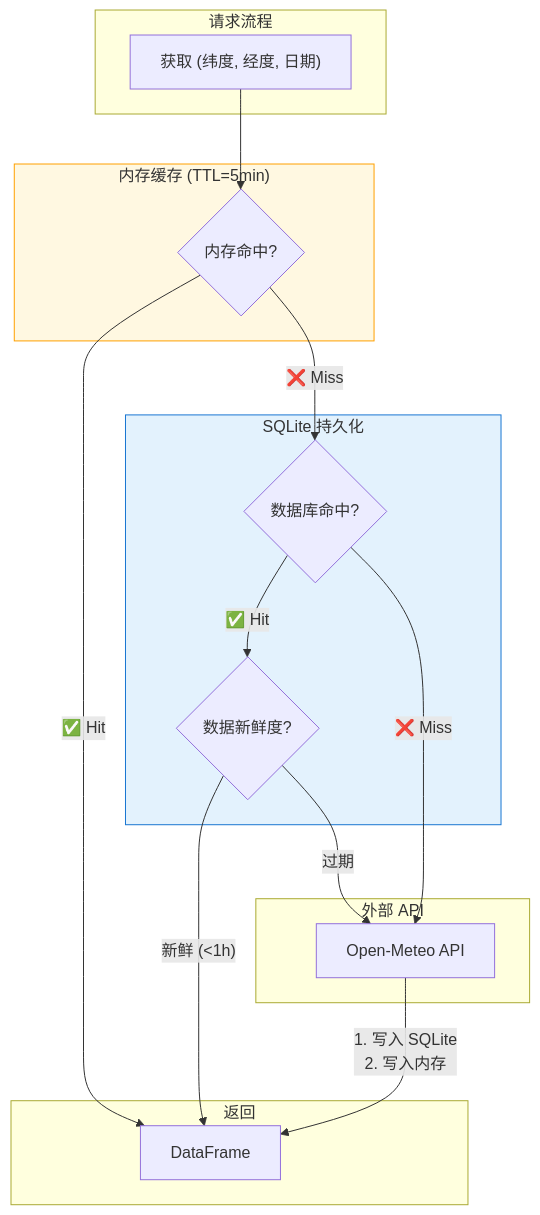
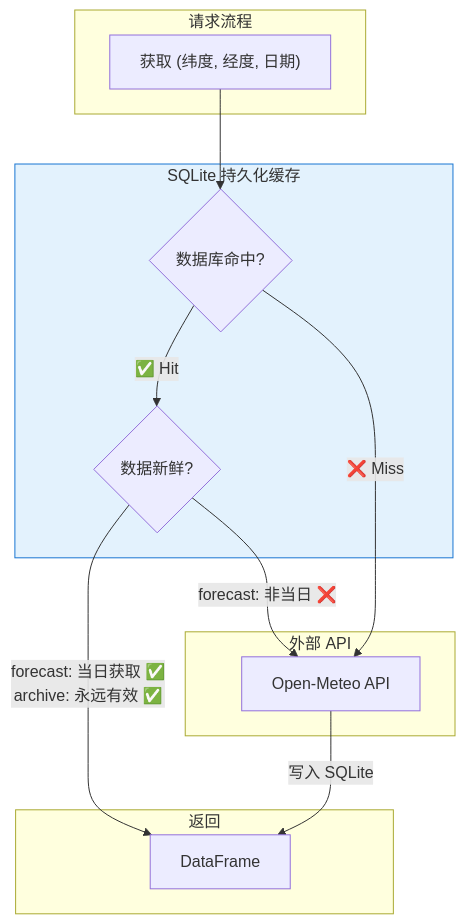
One commit to mpb159753/golden-moment-predictor changed the third of 3 diagrams in design/01-architecture.md. Above: the diagram before and after it, drawn with Mermaid. The commit also changed other lines of this file and 9 other files, not shown here.

````diff
--- a/design/01-architecture.md
+++ b/design/01-architecture.md
@@ -212,35 +269,28 @@
 ```mermaid
 flowchart TB
     subgraph Request["请求流程"]
         R1["获取 (纬度, 经度, 日期)"]
     end
 
-    subgraph L1Cache["内存缓存 (TTL=5min)"]
-        M1{"内存命中?"}
-    end
-
-    subgraph L2Cache["SQLite 持久化"]
+    subgraph SQLiteCache["SQLite 持久化缓存"]
         S1{"数据库命中?"}
-        S2{"数据新鲜度?"}
+        S2{"数据新鲜?"}
     end
 
     subgraph API["外部 API"]
         A1["Open-Meteo API"]
     end
 
     subgraph Response["返回"]
         RES["DataFrame"]
     end
 
-    R1 --> M1
-    M1 -->|"✅ Hit"| RES
-    M1 -->|"❌ Miss"| S1
+    R1 --> S1
     S1 -->|"✅ Hit"| S2
     S1 -->|"❌ Miss"| A1
-    S2 -->|"新鲜 (<1h)"| RES
-    S2 -->|"过期"| A1
-    A1 --> |"1. 写入 SQLite<br/>2. 写入内存"| RES
+    S2 -->|"forecast: 当日获取 ✅<br/>archive: 永远有效 ✅"| RES
+    S2 -->|"forecast: 非当日 ❌"| A1
+    A1 --> |"写入 SQLite"| RES
 
-    style L2Cache fill:#e3f2fd,stroke:#1976d2
-    style L1Cache fill:#fff8e1,stroke:#ffa000
+    style SQLiteCache fill:#e3f2fd,stroke:#1976d2
 ```
````
